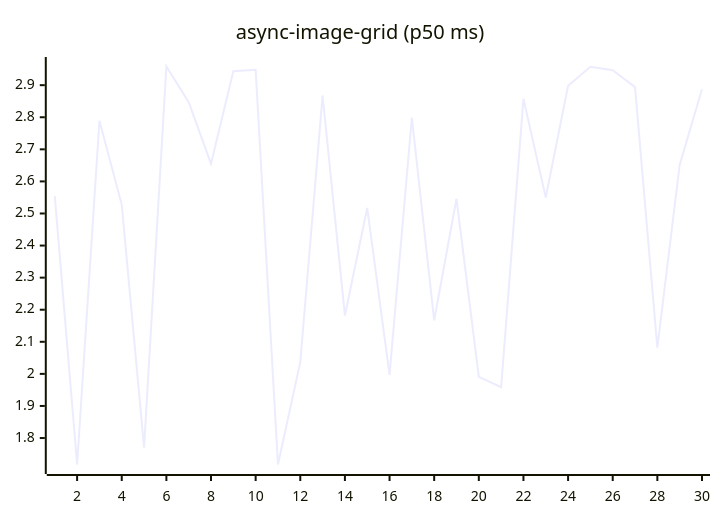
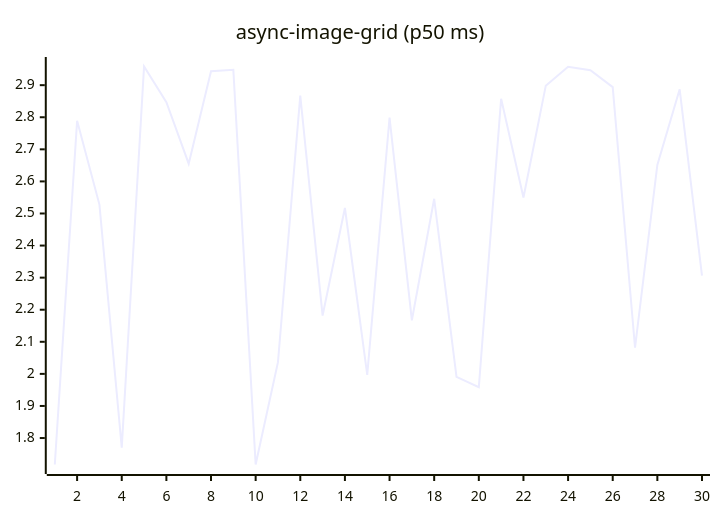
Before and after one commit to josha/Facet: the fifth of 27 diagrams in README.md, drawn with Mermaid. The commit also changed other lines of this file and 2 other files, not shown here.

````diff
--- a/README.md
+++ b/README.md
@@ -91,6 +91,6 @@
 ```mermaid
 xychart-beta
     title "async-image-grid (p50 ms)"
     x-axis 1 --> 30
-    line [2.5539, 1.7175, 2.7892, 2.5277, 1.7701, 2.9582, 2.8471, 2.6552, 2.9433, 2.9481, 1.7177, 2.0365, 2.8674, 2.1819, 2.5171, 1.9970, 2.7988, 2.1671, 2.5459, 1.9906, 1.9586, 2.8577, 2.5497, 2.8980, 2.9576, 2.9463, 2.8940, 2.0815, 2.6515, 2.8871]
+    line [1.7175, 2.7892, 2.5277, 1.7701, 2.9582, 2.8471, 2.6552, 2.9433, 2.9481, 1.7177, 2.0365, 2.8674, 2.1819, 2.5171, 1.9970, 2.7988, 2.1671, 2.5459, 1.9906, 1.9586, 2.8577, 2.5497, 2.8980, 2.9576, 2.9463, 2.8940, 2.0815, 2.6515, 2.8871, 2.3060]
 ```
````
